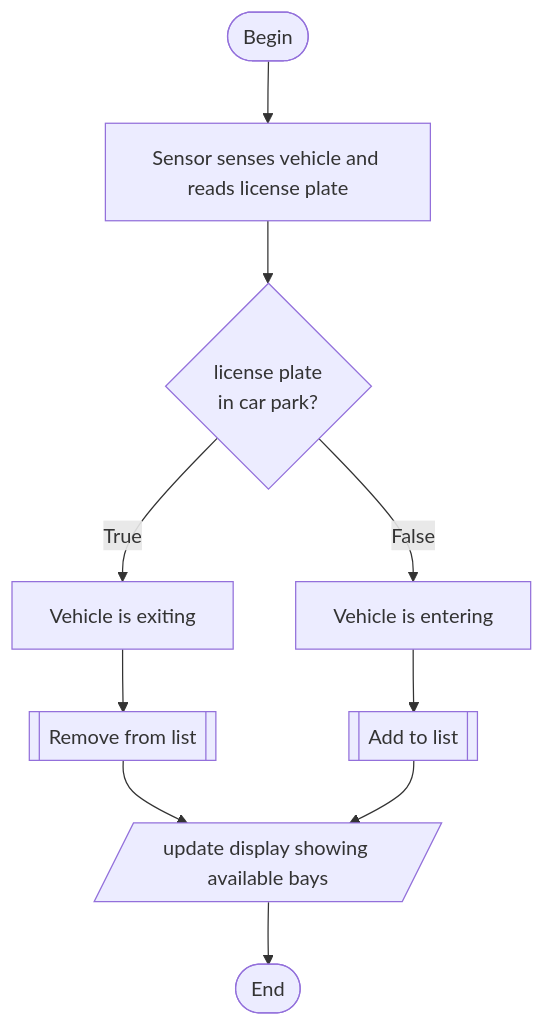
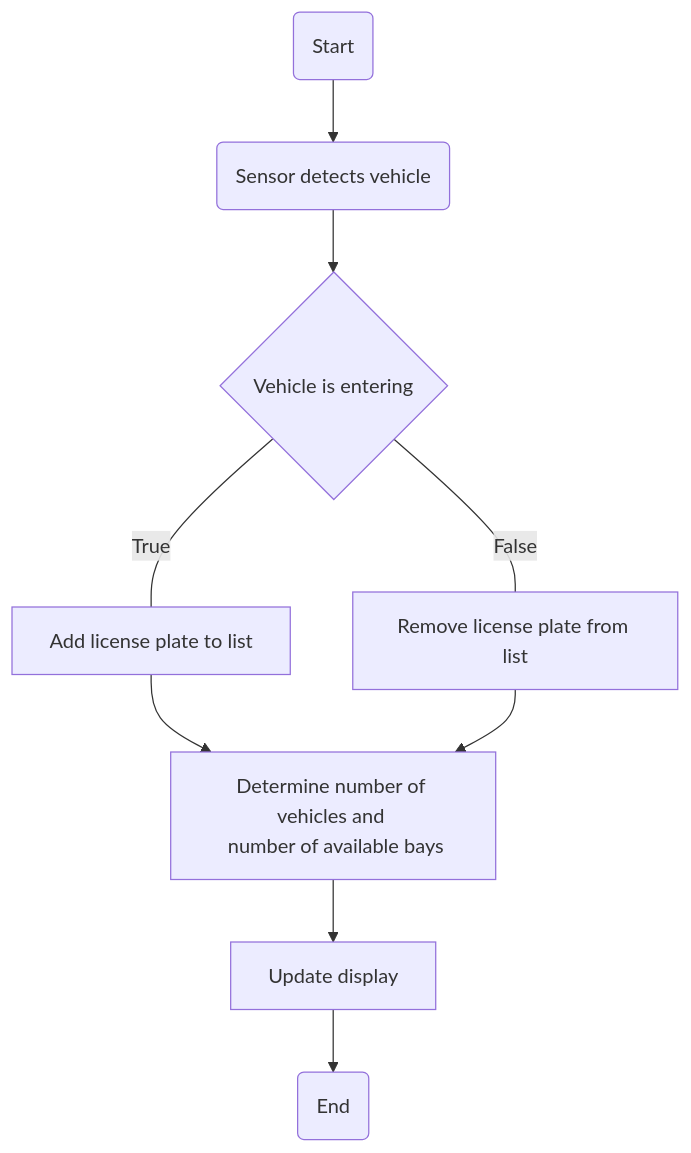
Before and after one commit to ScottyandCo/ipriot-car_park-prj: the diagram in README.md, drawn with Mermaid. The commit also changed other lines of this file and 9 other files, not shown here.

````diff
--- a/README.md
+++ b/README.md
@@ -59,8 +30,8 @@
 ```mermaid
 flowchart TD
-    A([Begin]) -->B[Sensor senses vehicle and reads license plate]
-    B --> C{license plate\nin car park?}
-    C -->|True| D[Vehicle is exiting] --> E[[Remove from list]] --> G[/update display showing available bays/]
-    C -->|False| F[Vehicle is entering] --> H[[Add to list]] --> G
-    G --> Z([End])
+    A(Start) --> B(Sensor detects vehicle) --> C{Vehicle is entering}
+    C -- True --- T1[Add license plate to list] --> G
+    C -- False --- F1[Remove license plate from list] --> G
+    G[Determine number of vehicles and \n number of available bays] --> H[Update display]
+    H --> E(End)
 ```
````
